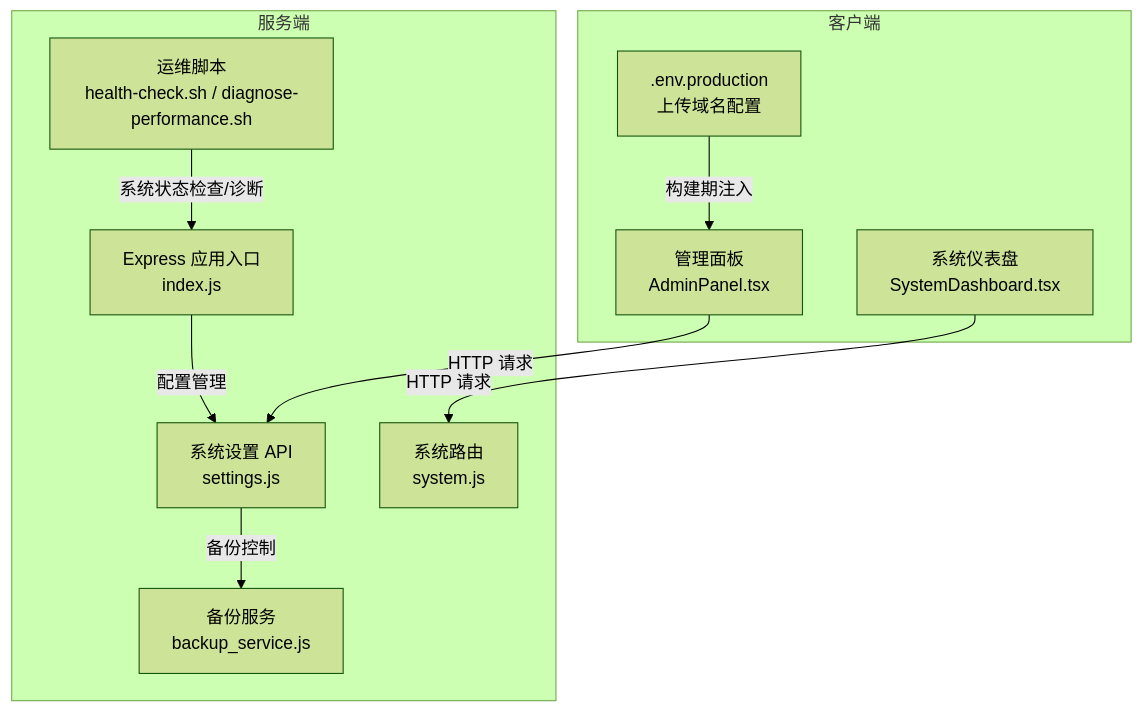
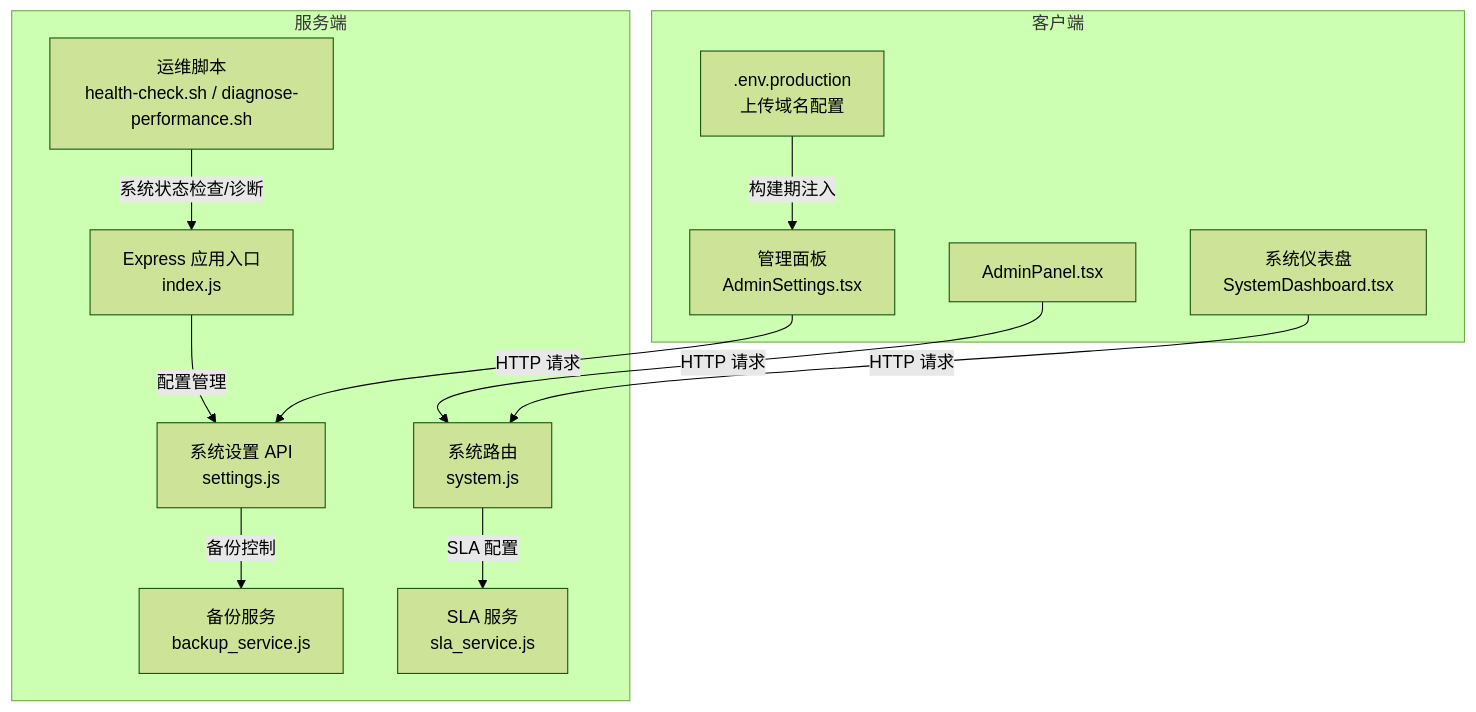
One commit to CubeEdge/Longhorn changed the first of 10 diagrams in .qoder/repowiki/zh/content/API 接口文档/管理员管理 API/系统配置 API.md. Above: the diagram before and after it, drawn with Mermaid (forest theme). The commit also changed other lines of this file and 118 other files, not shown here.

````diff
--- a/.qoder/repowiki/zh/content/API 接口文档/管理员管理 API/系统配置 API.md
+++ b/.qoder/repowiki/zh/content/API 接口文档/管理员管理 API/系统配置 API.md
@@ -54,21 +59,25 @@
 ```mermaid
 graph TB
 subgraph "客户端"
-FE_Admin["管理面板<br/>AdminPanel.tsx"]
+FE_Admin["管理面板<br/>AdminSettings.tsx"]
+FE_AdminPanel["AdminPanel.tsx"]
 FE_Dashboard["系统仪表盘<br/>SystemDashboard.tsx"]
 FE_Env[".env.production<br/>上传域名配置"]
 end
 subgraph "服务端"
 BE_Index["Express 应用入口<br/>index.js"]
 BE_Settings["系统设置 API<br/>settings.js"]
+BE_System["系统路由<br/>system.js"]
 BE_Backup["备份服务<br/>backup_service.js"]
-BE_System["系统路由<br/>system.js"]
+BE_SLA["SLA 服务<br/>sla_service.js"]
 BE_Scripts["运维脚本<br/>health-check.sh / diagnose-performance.sh"]
 end
 FE_Admin --> |"HTTP 请求"| BE_Settings
+FE_AdminPanel --> |"HTTP 请求"| BE_System
 FE_Dashboard --> |"HTTP 请求"| BE_System
 FE_Env --> |"构建期注入"| FE_Admin
 BE_Index --> |"配置管理"| BE_Settings
 BE_Settings --> |"备份控制"| BE_Backup
+BE_System --> |"SLA 配置"| BE_SLA
 BE_Scripts --> |"系统状态检查/诊断"| BE_Index
 ```
````
